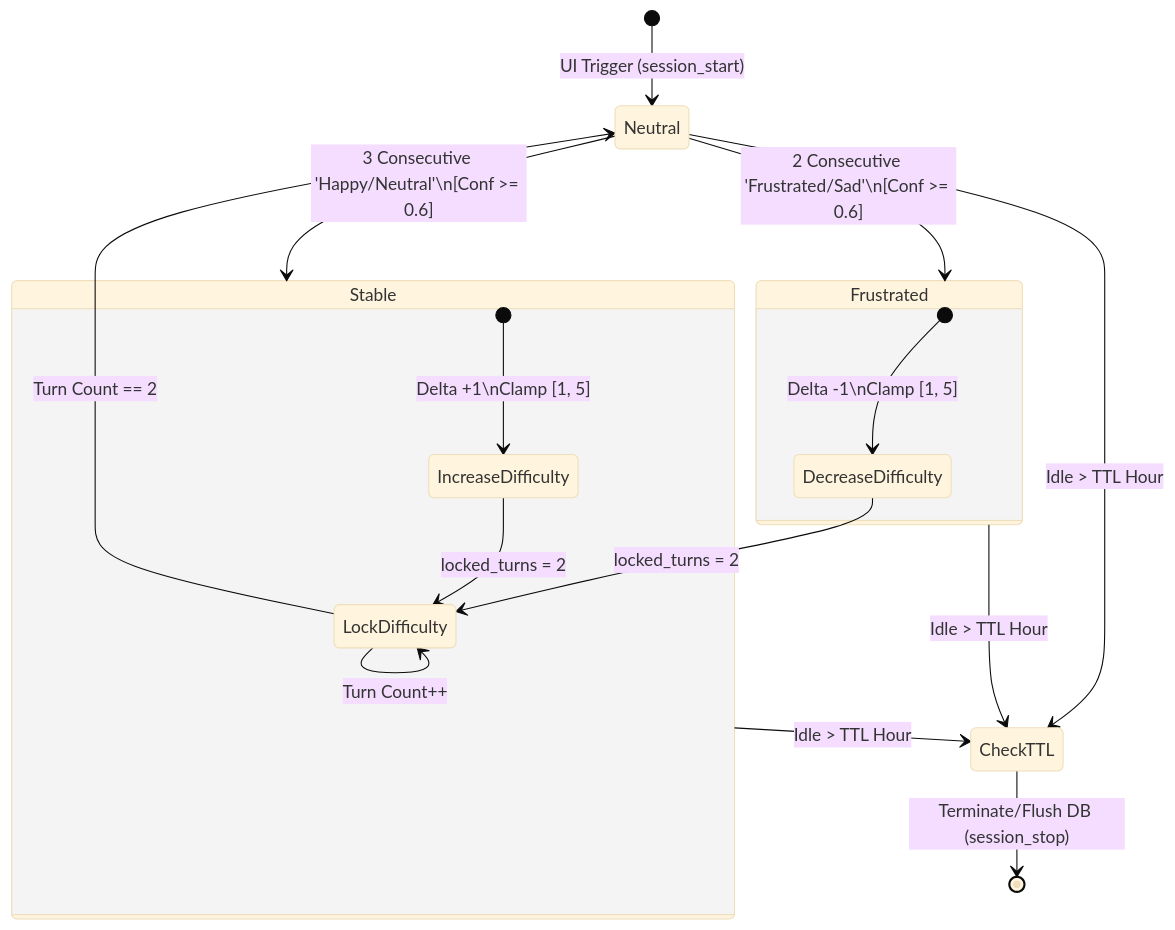
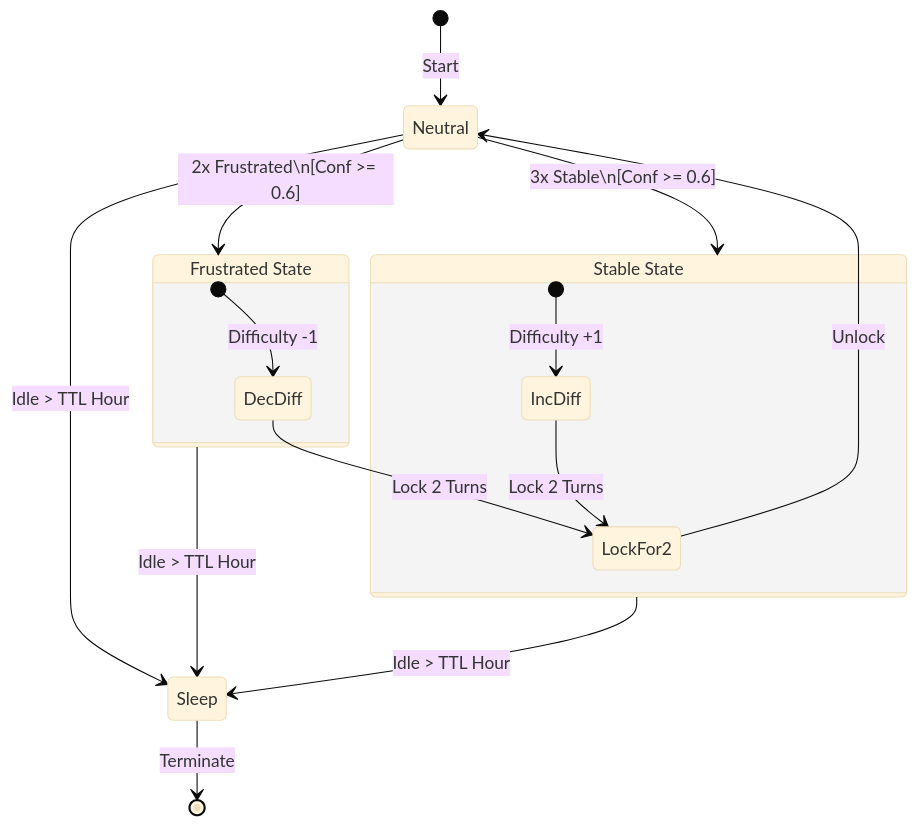
Before and after one commit to deepanmpc/LaRa: the third of 10 diagrams in ARCHITECTURE.md, drawn with Mermaid (base theme). The commit also changed other lines of this file, not shown here.

Commit message:
docs: refactor architecture diagrams for 2-column research paper optimization

````diff
--- a/ARCHITECTURE.md
+++ b/ARCHITECTURE.md
@@ -75,26 +60,24 @@
 ```mermaid
 stateDiagram-v2
-    [*] --> Neutral : UI Trigger (session_start)
+    [*] --> Neutral : Start
     
-    Neutral --> Frustrated : 2 Consecutive 'Frustrated/Sad'\n[Conf >= 0.6]
-    Neutral --> Stable : 3 Consecutive 'Happy/Neutral'\n[Conf >= 0.6]
+    Neutral --> Frust : 2x Frustrated\n[Conf >= 0.6]
+    Neutral --> Stable : 3x Stable\n[Conf >= 0.6]
     
-    state Frustrated {
-        [*] --> DecreaseDifficulty : Delta -1\nClamp [1, 5]
-        DecreaseDifficulty --> LockDifficulty : locked_turns = 2
+    state "Frustrated State" as Frust {
+        [*] --> DecDiff : Difficulty -1
+        DecDiff --> LockFor2 : Lock 2 Turns
     }
     
-    state Stable {
-        [*] --> IncreaseDifficulty : Delta +1\nClamp [1, 5]
-        IncreaseDifficulty --> LockDifficulty : locked_turns = 2
+    state "Stable State" as Stable {
+        [*] --> IncDiff : Difficulty +1
+        IncDiff --> LockFor2 : Lock 2 Turns
     }
     
-    LockDifficulty --> LockDifficulty : Turn Count++
-    LockDifficulty --> Neutral : Turn Count == 2
+    LockFor2 --> Neutral : Unlock
     
-    Frustrated --> CheckTTL : Idle > TTL Hour
-    Stable --> CheckTTL : Idle > TTL Hour
-    Neutral --> CheckTTL : Idle > TTL Hour
-    
-    CheckTTL --> [*] : Terminate/Flush DB (session_stop)
+    Frust --> Sleep : Idle > TTL Hour
+    Stable --> Sleep : Idle > TTL Hour
+    Neutral --> Sleep : Idle > TTL Hour
+    Sleep --> [*] : Terminate
 ```
````
